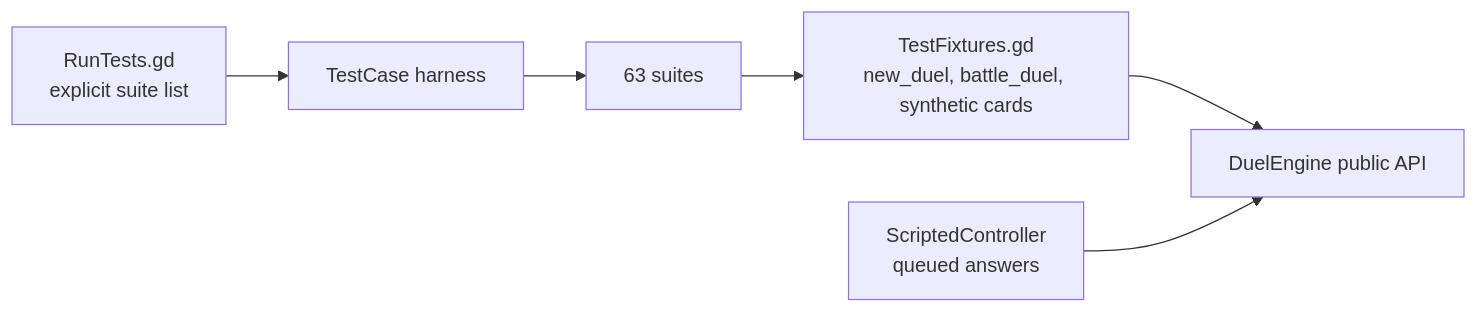
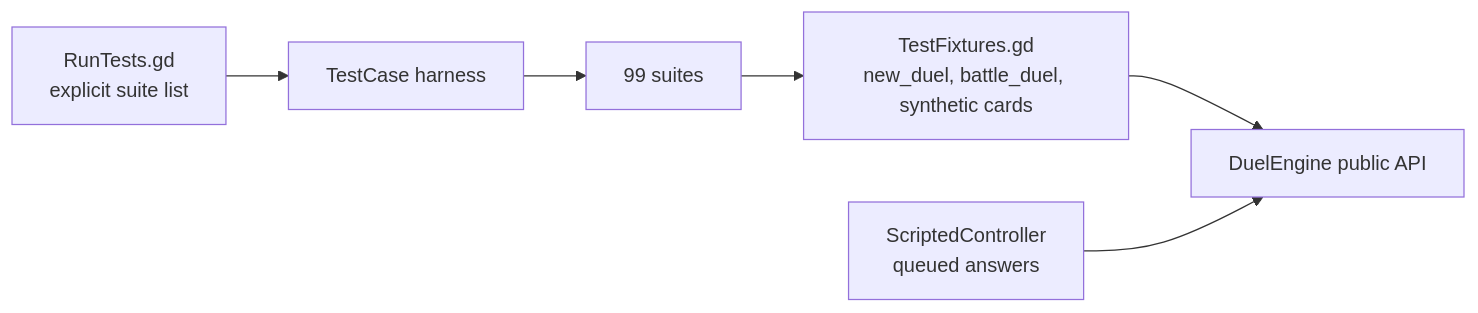
The fifth of 5 diagrams in docs/ARCHITECTURE.md (la3679/yu-gi-oh-duel-arena-godot), drawn with Mermaid before and after one commit. The commit also changed other lines of this file and 16 other files, not shown here.

````diff
--- a/docs/ARCHITECTURE.md
+++ b/docs/ARCHITECTURE.md
@@ -443,8 +443,8 @@
 ```mermaid
 flowchart LR
     RT["RunTests.gd<br/>explicit suite list"] --> TC["TestCase harness"]
-    TC --> SUITES["63 suites"]
+    TC --> SUITES["99 suites"]
     SUITES --> FIX["TestFixtures.gd<br/>new_duel, battle_duel, synthetic cards"]
     FIX --> API["DuelEngine public API"]
     SC["ScriptedController<br/>queued answers"] --> API
 ```
````
